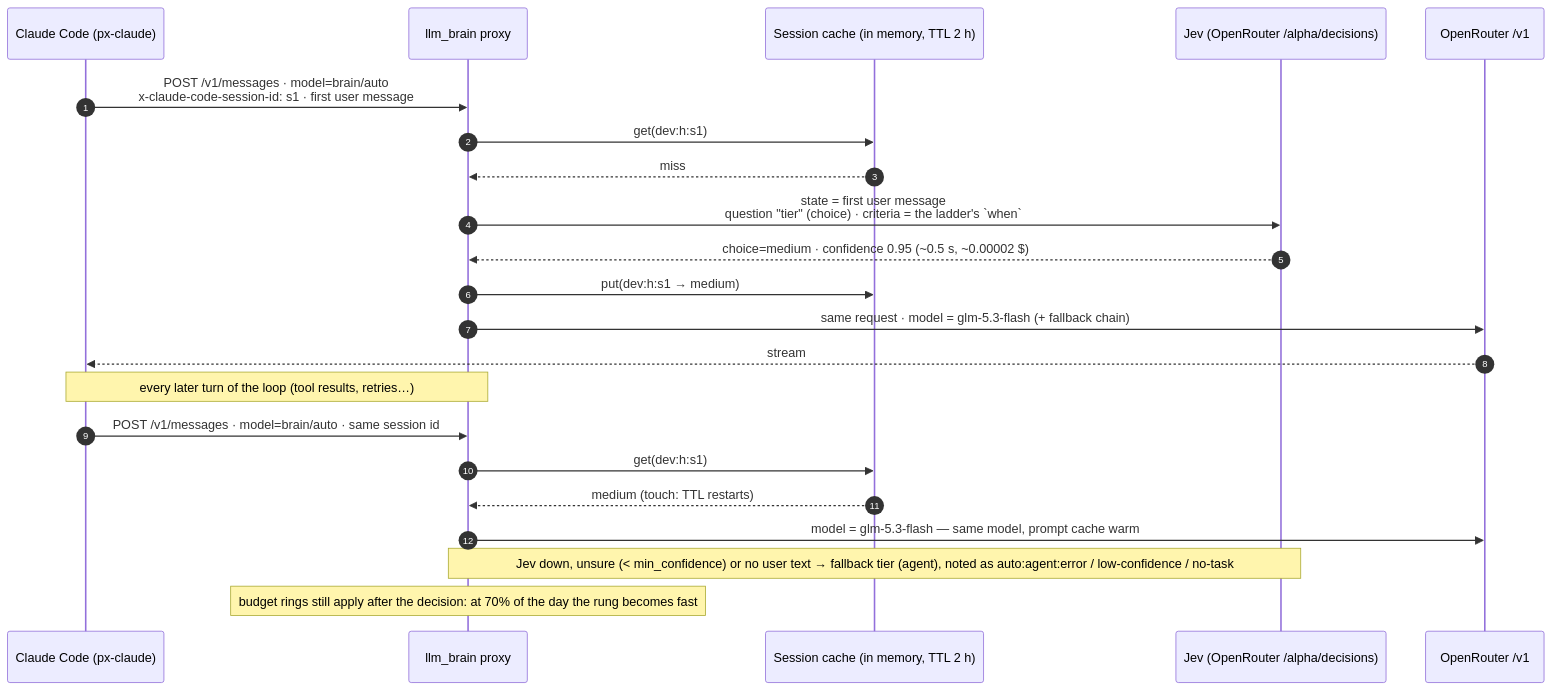
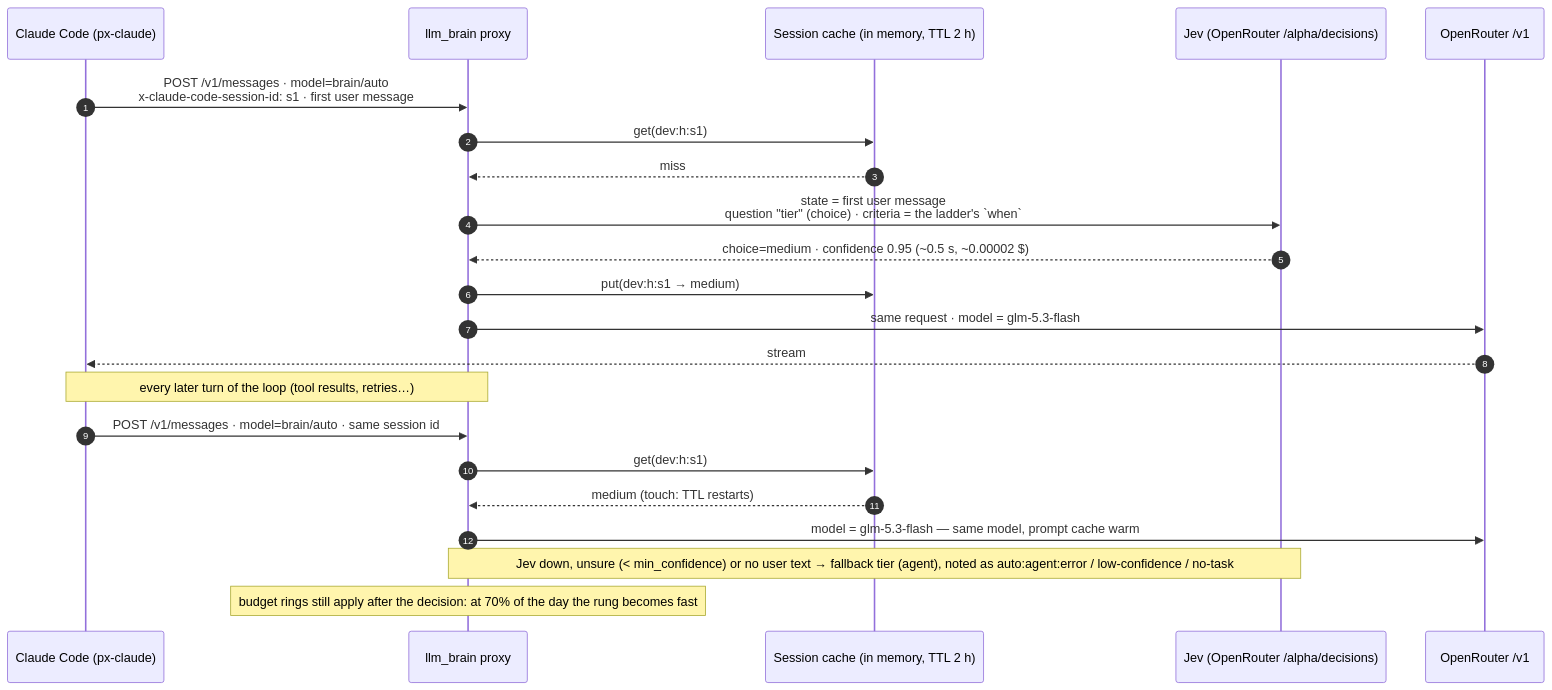
One commit to pjcau/llm_brain changed the diagram in docs/architecture/auto-routing.md. Above: the diagram before and after it, drawn with Mermaid. The commit also changed other lines of this file and 42 other files, not shown here.

````diff
--- a/docs/architecture/auto-routing.md
+++ b/docs/architecture/auto-routing.md
@@ -13,25 +13,25 @@
 ```mermaid
 sequenceDiagram
     autonumber
     participant CC as Claude Code (px-claude)
     participant PX as llm_brain proxy
     participant SC as Session cache (in memory, TTL 2 h)
     participant JV as Jev (OpenRouter /alpha/decisions)
     participant OR as OpenRouter /v1
 
     CC->>PX: POST /v1/messages · model=brain/auto<br/>x-claude-code-session-id: s1 · first user message
     PX->>SC: get(dev:h:s1)
     SC-->>PX: miss
     PX->>JV: state = first user message<br/>question "tier" (choice) · criteria = the ladder's `when`
     JV-->>PX: choice=medium · confidence 0.95 (~0.5 s, ~0.00002 $)
     PX->>SC: put(dev:h:s1 → medium)
-    PX->>OR: same request · model = glm-5.3-flash (+ fallback chain)
+    PX->>OR: same request · model = glm-5.3-flash
     OR-->>CC: stream
     Note over CC,PX: every later turn of the loop (tool results, retries…)
     CC->>PX: POST /v1/messages · model=brain/auto · same session id
     PX->>SC: get(dev:h:s1)
     SC-->>PX: medium (touch: TTL restarts)
     PX->>OR: model = glm-5.3-flash — same model, prompt cache warm
     Note over PX,JV: Jev down, unsure (< min_confidence) or no user text → fallback tier (agent), noted as auto:agent:error / low-confidence / no-task
     Note over PX: budget rings still apply after the decision: at 70% of the day the rung becomes fast
 ```
````
